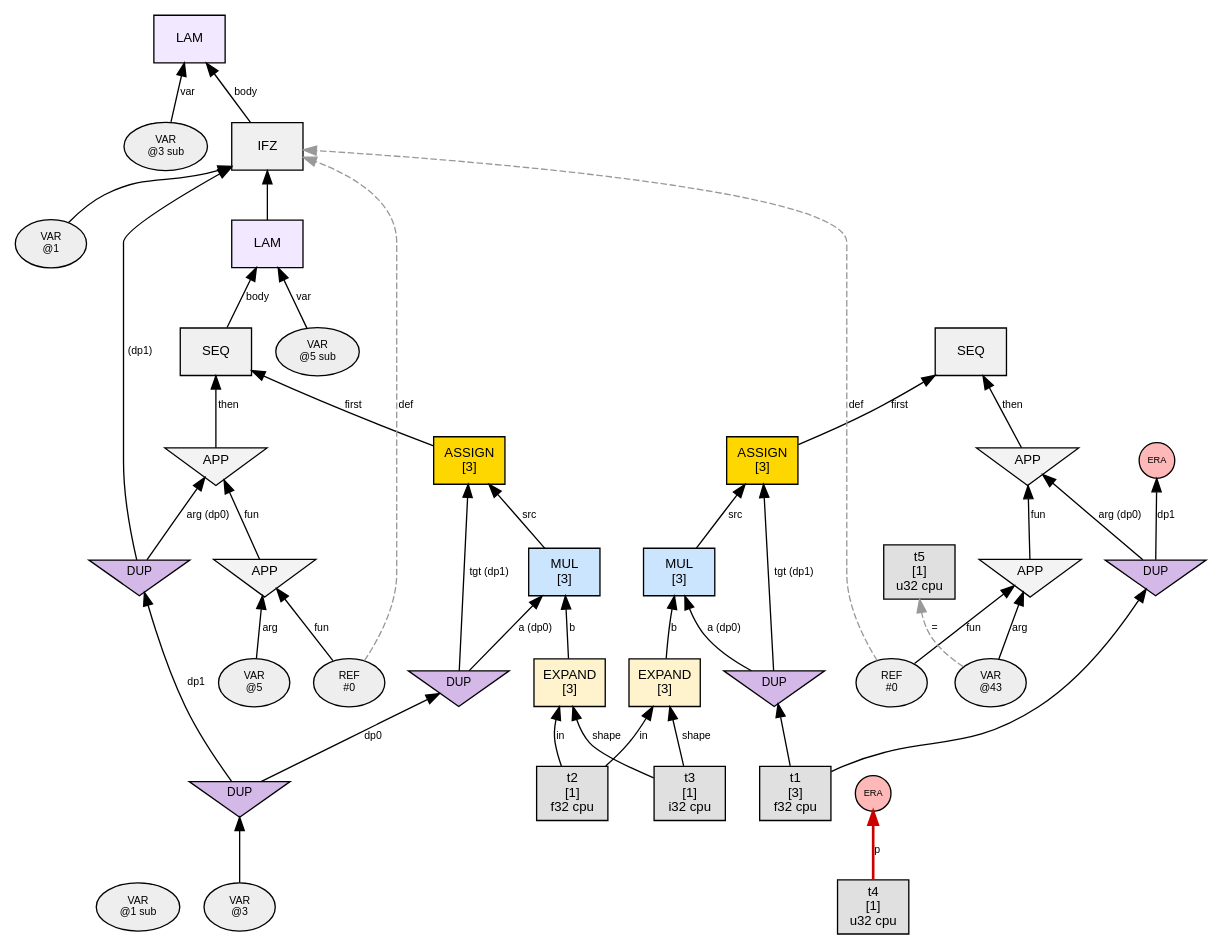
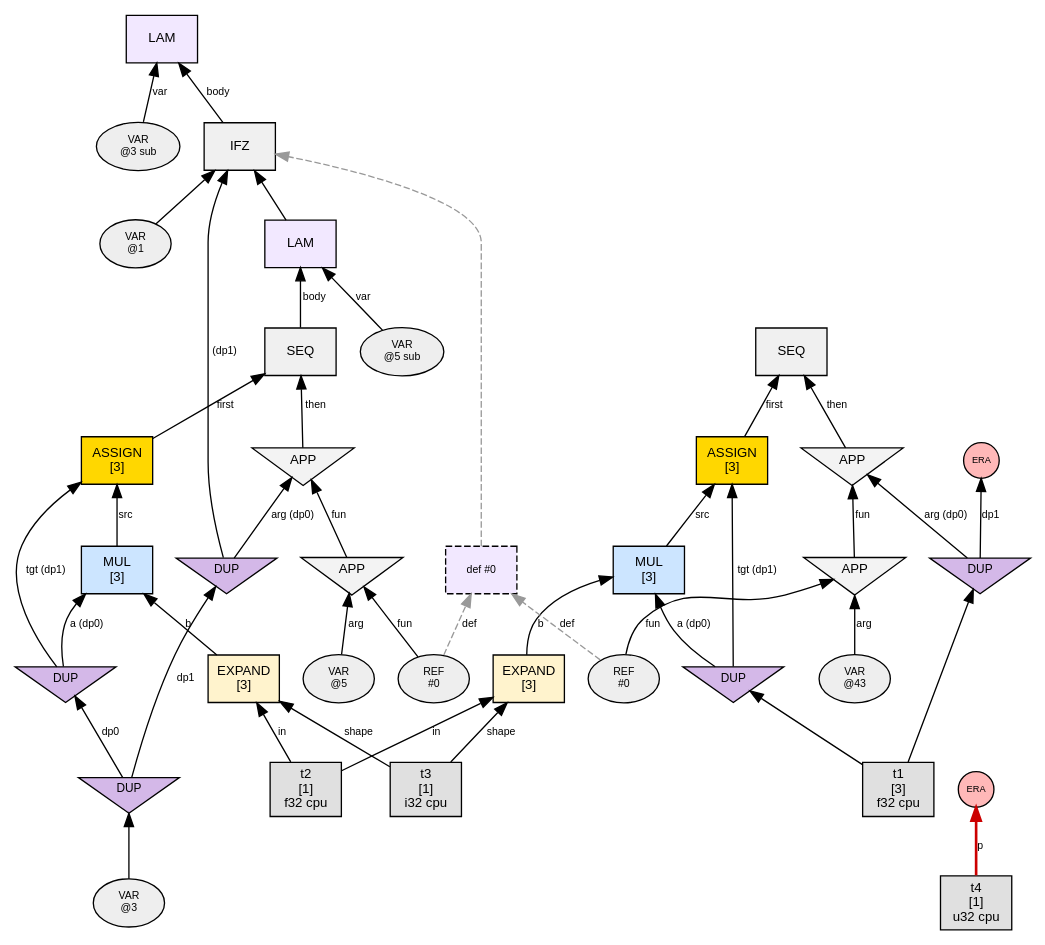
Before and after one commit to sw1sh/TinyHVM: the diagram in phase1_graphs/loop_assign_simple/n2_steps/step_008_interact_DP0.dot, drawn with Graphviz. The commit also changed 78 other files, not shown here.

First line of the commit message:
fix: REF→def node, no floating VARs, predict arg0-first, DP/ERA tolerance

```diff
--- a/phase1_graphs/loop_assign_simple/n2_steps/step_008_interact_DP0.dot
+++ b/phase1_graphs/loop_assign_simple/n2_steps/step_008_interact_DP0.dot
@@ -1,85 +1,84 @@
 digraph G {
   // PREV_INTERACTION: interact_DP0
   // NEXT_INTERACTION: interact_era_on_TEN
   rankdir=BT;
   node [fontname="Helvetica", fontsize=10, style=filled, shape=box, margin="0.1,0.05"];
   edge [fontsize=8, fontname="Helvetica"];
 
-  var1 [label="VAR\n@1 sub", shape=oval, fillcolor="#eeeeee", fontsize=8];
   n3 [label="LAM", shape=box, fillcolor="#f2e8ff"];
   var3 [label="VAR\n@3 sub", shape=oval, fillcolor="#eeeeee", fontsize=8];
   var3 -> n3 [label="var"];
   n26 -> n3 [label="body"];
   n26 [label="IFZ", shape=box, fillcolor="#f0f0f0"];
   var26 [label="VAR\n@1", shape=oval, fillcolor="#eeeeee", fontsize=8];
   var26 -> n26 [label=""];
   dup9 [label="DUP", shape=invtriangle, fillcolor="#d4b8e8", fontsize=9, width=0.7, height=0.5];
   dup7 -> dup9 [label="dp1"];
   dup7 [label="DUP", shape=invtriangle, fillcolor="#d4b8e8", fontsize=9, width=0.7, height=0.5];
   var7 [label="VAR\n@3", shape=oval, fillcolor="#eeeeee", fontsize=8];
   var7 -> dup7;
   dup9 -> n26 [label=" (dp1)"];
   n5 -> n26 [label=""];
-  var5 [label="VAR\n@5 sub", shape=oval, fillcolor="#eeeeee", fontsize=8];
   n24 [label="SEQ", shape=box, fillcolor="#f0f0f0"];
   n18 -> n24 [label="first"];
   n22 -> n24 [label="then"];
   n10 [label="EXPAND\n[3]", shape=box, fillcolor="#fff3cd"];
   t2 [label="t2\n[1]\nf32 cpu",shape=box,fillcolor="#e0e0e0"];
   t2 -> n10 [label="in"];
   t3 [label="t3\n[1]\ni32 cpu",shape=box,fillcolor="#e0e0e0"];
   t3 -> n10 [label="shape"];
   n14 [label="MUL\n[3]", shape=box, fillcolor="#cce5ff"];
   dup8 [label="DUP", shape=invtriangle, fillcolor="#d4b8e8", fontsize=9, width=0.7, height=0.5];
   dup7 -> dup8 [label="dp0"];
   dup8 -> n14 [label="a (dp0)"];
   n10 -> n14 [label="b"];
   ref20 [label="REF\n#0", shape=oval, fillcolor="#eeeeee", fontsize=8];
-  ref20 -> n26 [style=dashed, color="#999999", label="def"];
-  var21 [label="VAR\n@5", shape=oval, fillcolor="#eeeeee", fontsize=8];
+  ref20 -> def0 [style=dashed, color="#999999", label="def"];
   n20 [label="APP", shape=invtriangle, fillcolor="#f3f3f3"];
   ref20 -> n20 [label="fun"];
+  var21 [label="VAR\n@5", shape=oval, fillcolor="#eeeeee", fontsize=8];
   var21 -> n20 [label="arg"];
   n18 [label="ASSIGN\n[3]", shape=box, fillcolor="#ffd700"];
   dup8 -> n18 [label="tgt (dp1)"];
   n14 -> n18 [label="src"];
   n22 [label="APP", shape=invtriangle, fillcolor="#f3f3f3"];
   n20 -> n22 [label="fun"];
   dup9 -> n22 [label="arg (dp0)"];
   n5 [label="LAM", shape=box, fillcolor="#f2e8ff"];
+  var5 [label="VAR\n@5 sub", shape=oval, fillcolor="#eeeeee", fontsize=8];
   var5 -> n5 [label="var"];
   n24 -> n5 [label="body"];
   n45 [label="SEQ", shape=box, fillcolor="#f0f0f0"];
   n47 -> n45 [label="first"];
   n54 -> n45 [label="then"];
   n47 [label="ASSIGN\n[3]", shape=box, fillcolor="#ffd700"];
   dup49 [label="DUP", shape=invtriangle, fillcolor="#d4b8e8", fontsize=9, width=0.7, height=0.5];
   t1 [label="t1\n[3]\nf32 cpu",shape=box,fillcolor="#e0e0e0"];
   t1 -> dup49;
   dup49 -> n47 [label="tgt (dp1)"];
   n50 -> n47 [label="src"];
   n54 [label="APP", shape=invtriangle, fillcolor="#f3f3f3"];
   n56 -> n54 [label="fun"];
   dup41 [label="DUP", shape=invtriangle, fillcolor="#d4b8e8", fontsize=9, width=0.7, height=0.5];
   t1 -> dup41;
   dup41 -> n54 [label="arg (dp0)"];
   n50 [label="MUL\n[3]", shape=box, fillcolor="#cce5ff"];
   dup49 -> n50 [label="a (dp0)"];
   n52 -> n50 [label="b"];
   n52 [label="EXPAND\n[3]", shape=box, fillcolor="#fff3cd"];
   t2 -> n52 [label="in"];
   t3 -> n52 [label="shape"];
   n56 [label="APP", shape=invtriangle, fillcolor="#f3f3f3"];
   ref56 [label="REF\n#0", shape=oval, fillcolor="#eeeeee", fontsize=8];
   ref56 -> n56 [label="fun"];
   var57 [label="VAR\n@43", shape=oval, fillcolor="#eeeeee", fontsize=8];
   var57 -> n56 [label="arg"];
-  ref56 -> n26 [style=dashed, color="#999999", label="def"];
-  t5 [label="t5\n[1]\nu32 cpu",shape=box,fillcolor="#e0e0e0"];
-  var57 -> t5 [style=dashed, color="#999999", label="="];
+  ref56 -> def0 [style=dashed, color="#999999", label="def"];
   era59 [label="ERA",shape=circle,width=0.38,height=0.38,fixedsize=true,fillcolor="#ffb8b8",fontsize=7];
   t4 [label="t4\n[1]\nu32 cpu",shape=box,fillcolor="#e0e0e0"];
   t4 -> era59 [label="p",color="#cc0000",penwidth=2.0];
   era61 [label="ERA",shape=circle,width=0.38,height=0.38,fixedsize=true,fillcolor="#ffb8b8",fontsize=7];
   dup41 -> era61 [label="dp1"];
+  def0 [label="def #0", shape=box, fillcolor="#f2e8ff", style="filled,dashed", fontsize=8];
+  def0 -> n26 [style=dashed, color="#999999"];
 }
```
